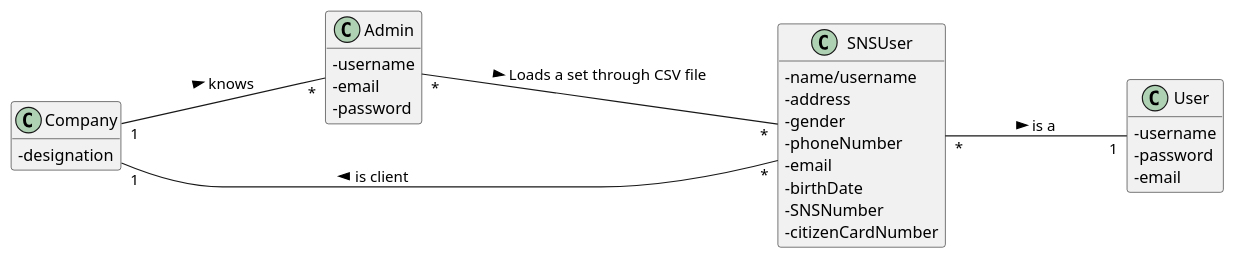
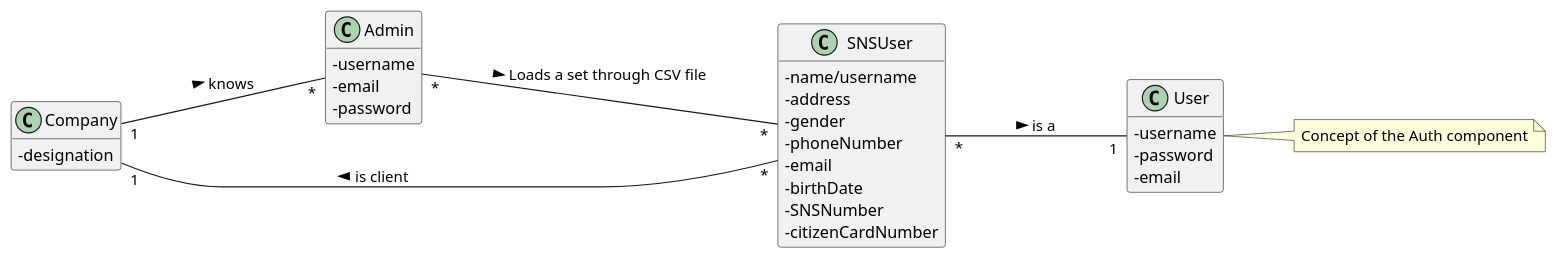
Before and after one commit to PedroMesquita1211171/VaccinationManager: the diagram in docs/SprintC/US/US14/US014_MD.puml, drawn with PlantUML. The commit also changed 14 other files, not shown here.

```diff
--- a/docs/SprintC/US/US14/US014_MD.puml
+++ b/docs/SprintC/US/US14/US014_MD.puml
@@ -1,44 +1,47 @@
 @startuml
 hide methods
 left to right direction
 skinparam classAttributeIconSize 0
 
 
 class Company {
   -designation
 }
 
 class SNSUser {
 -name/username
 -address
 -gender
 -phoneNumber
 -email
 -birthDate
 -SNSNumber
 -citizenCardNumber
 }
 
 class Admin {
 -username
 -email
 -password
 }
 
 class User{
 -username
 -password
 -email
 }
 
+note "Concept of the Auth component" as N1
+
 SNSUser "*"---"1" Company : is client >
 Company "1"---"*" Admin : knows >
 Admin "*"---"*" SNSUser : Loads a set through CSV file >
 SNSUser "*"---"1" User : is a >
+User .. N1
 
 
 
 
 
 
 @enduml
```
